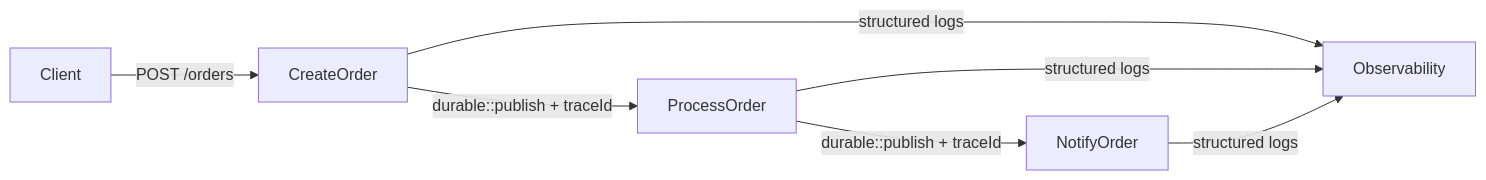
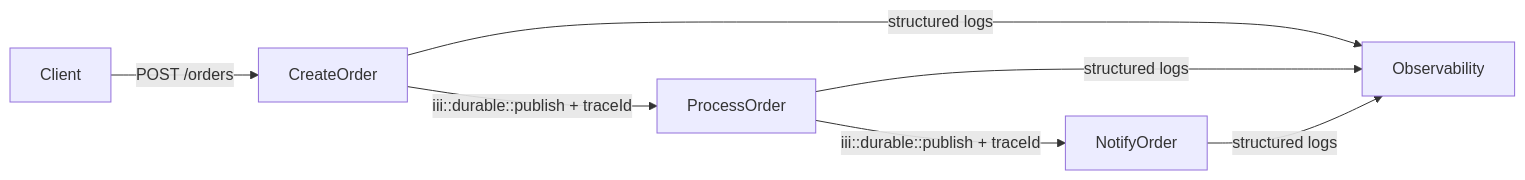
One commit to iii-hq/iii changed the diagram in docs/examples/observability.mdx. Above: the diagram before and after it, drawn with Mermaid. The commit also changed other lines of this file and 24 other files, not shown here.

First line of the commit message:
refactor: rename durable::publish to iii::durable::publish

````diff
--- a/docs/examples/observability.mdx
+++ b/docs/examples/observability.mdx
@@ -8,7 +8,7 @@
 ```mermaid
 graph LR
     Client -->|"POST /orders"| CreateOrder
-    CreateOrder -->|"durable::publish + traceId"| ProcessOrder
-    ProcessOrder -->|"durable::publish + traceId"| NotifyOrder
+    CreateOrder -->|"iii::durable::publish + traceId"| ProcessOrder
+    ProcessOrder -->|"iii::durable::publish + traceId"| NotifyOrder
     CreateOrder & ProcessOrder & NotifyOrder -->|"structured logs"| Observability
 ```
````
